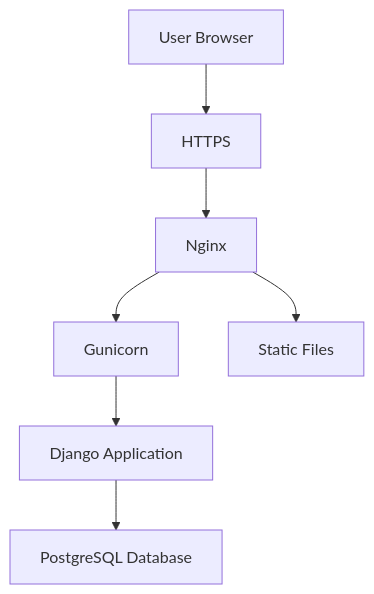
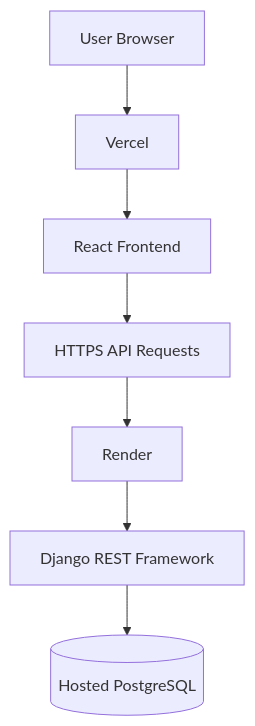
The third of 3 diagrams in README.md (radiamahbub/inventory_pos_system), drawn with Mermaid before and after one commit. The commit also changed other lines of this file, not shown here.

````diff
--- a/README.md
+++ b/README.md
@@ -734,9 +711,9 @@
 ```mermaid
 flowchart TD
-    A[User Browser] --> B[HTTPS]
-    B --> C[Nginx]
-    C --> D[Gunicorn]
-    D --> E[Django Application]
-    E --> F[PostgreSQL Database]
-    C --> G[Static Files]
+    A[User Browser] --> B[Vercel]
+    B --> C[React Frontend]
+    C --> D[HTTPS API Requests]
+    D --> E[Render]
+    E --> F[Django REST Framework]
+    F --> G[(Hosted PostgreSQL)]
 ```
````
